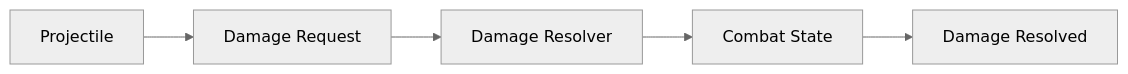
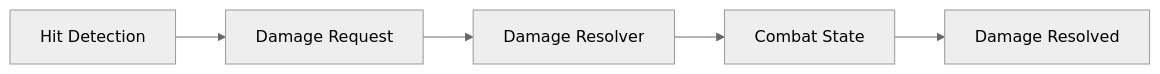
The second of 2 diagrams in README.md (wjddh1999/RIP-Showcase), drawn with Mermaid (neutral theme) before and after one commit. The commit also changed other lines of this file, not shown here.

````diff
--- a/README.md
+++ b/README.md
@@ -56,7 +68,7 @@
 ```mermaid
 flowchart LR
-    P[Projectile] --> Q[Damage Request]
+    P[Hit Detection] --> Q[Damage Request]
     Q --> R[Damage Resolver]
     R --> S[Combat State]
     S --> T[Damage Resolved]
 ```
````
